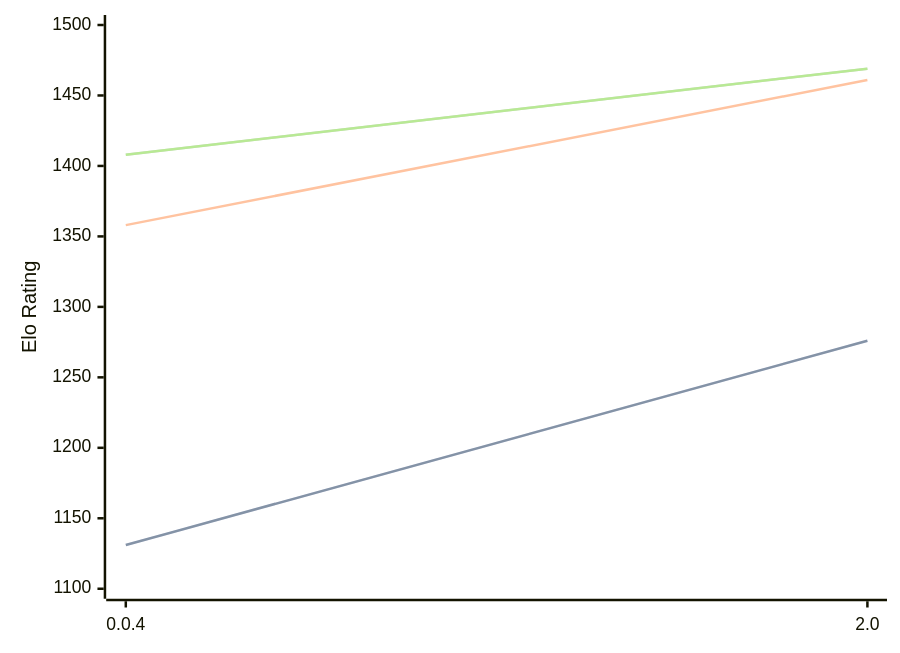
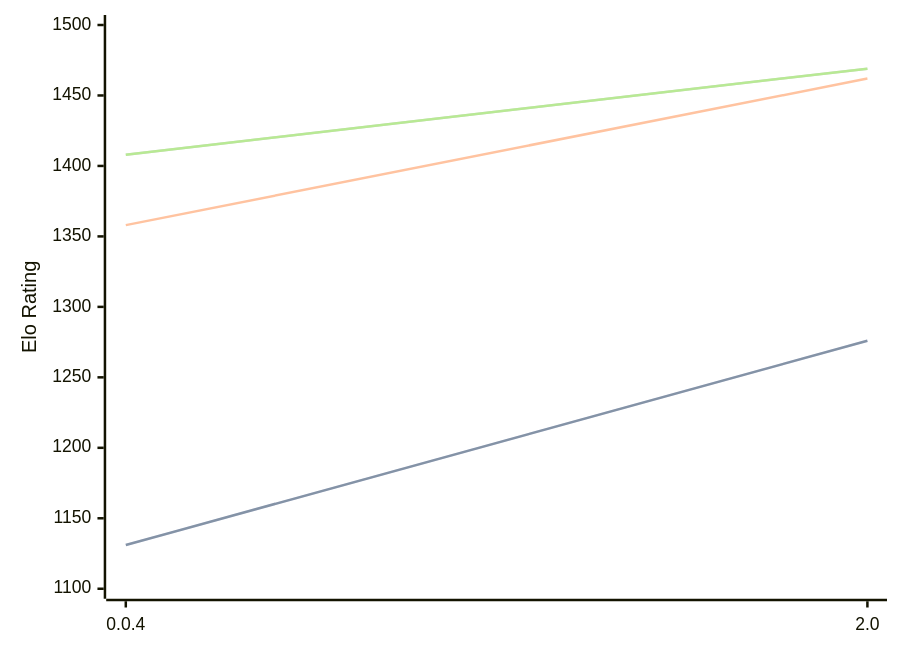
Before and after one commit to computer-chess-index/cci: the diagram in engines/Oops!Mate.md, drawn with Mermaid. The commit also changed other lines of this file, not shown here.

````diff
--- a/engines/Oops!Mate.md
+++ b/engines/Oops!Mate.md
@@ -52,11 +52,11 @@
 ```mermaid
 %%{init: {"theme":"base","themeVariables":{"seriesColors:['#a3a3a3','#222221','#faa371']}}}%%
 xychart-beta
   x-axis ["0.0.4", "2.0"]
   y-axis "Elo Rating" 1100 --> 1500
   line "STC (8.0+0.08s)" [1131, 1276]
   line "STC (8.0+0.08s)" [1131, 1276]
-  line "LTC (60.0+0.60s)" [1358, 1461]
+  line "LTC (60.0+0.60s)" [1358, 1462]
   line "VLTC (2m24s+1.12s)" [1408, 1469]
   line "VLTC (2m24s+1.12s)" [1408, 1469]
 ```
````
